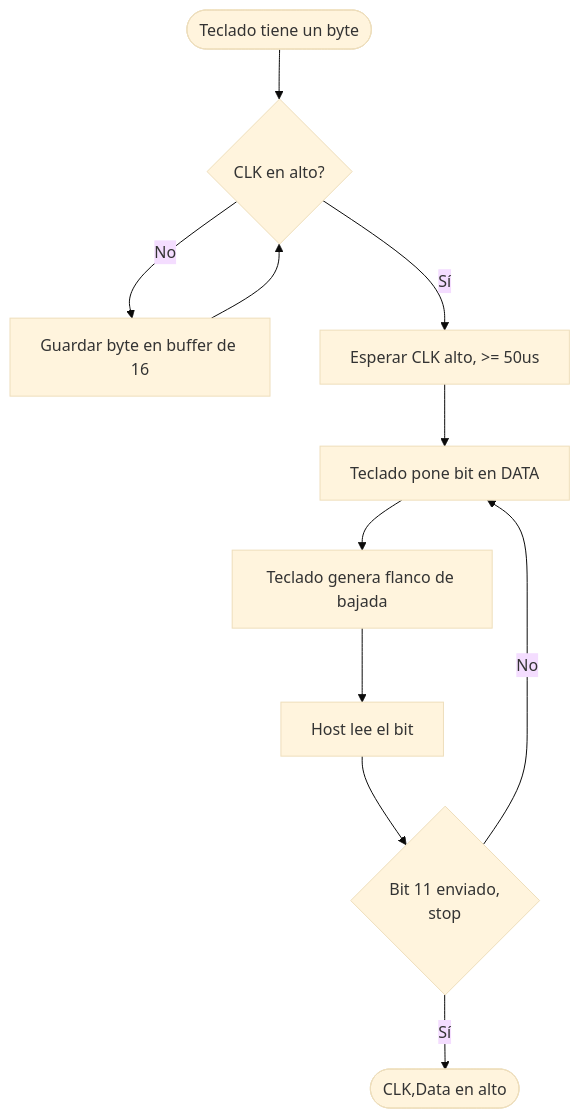
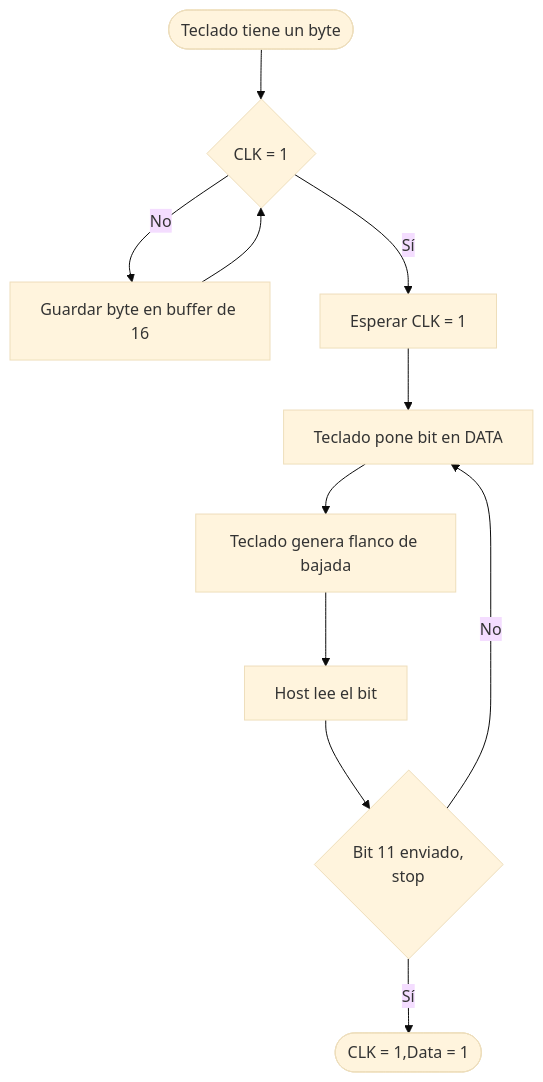
One commit to KUBIX2026/PS2_keyboard changed the first of 2 diagrams in PS2_Keyboard/diagramas/Diagramas.md. Above: the diagram before and after it, drawn with Mermaid (base theme). The commit also changed other lines of this file, not shown here.

Commit message:
Update mermaid diagrams for keyboard and host

````diff
--- a/PS2_Keyboard/diagramas/Diagramas.md
+++ b/PS2_Keyboard/diagramas/Diagramas.md
@@ -3,13 +3,13 @@
 ```mermaid
 flowchart
-    A([Teclado tiene un byte]) --> B{CLK en alto?}
+    A([Teclado tiene un byte]) --> B{CLK = 1}
     B -- No --> C[Guardar byte en buffer de 16]
     C --> B
-    B -- Sí --> D[Esperar CLK alto, >= 50us]
+    B -- Sí --> D[Esperar CLK = 1]
     D --> E[Teclado pone bit en DATA]
     E --> F[Teclado genera flanco de bajada]
     F --> G[Host lee el bit]
     G --> H{Bit 11 enviado,<br/>stop}
     H -- No --> E
-    H -- Sí --> I([CLK,Data en alto])
+    H -- Sí --> I([CLK = 1,Data = 1])
 ```
````
